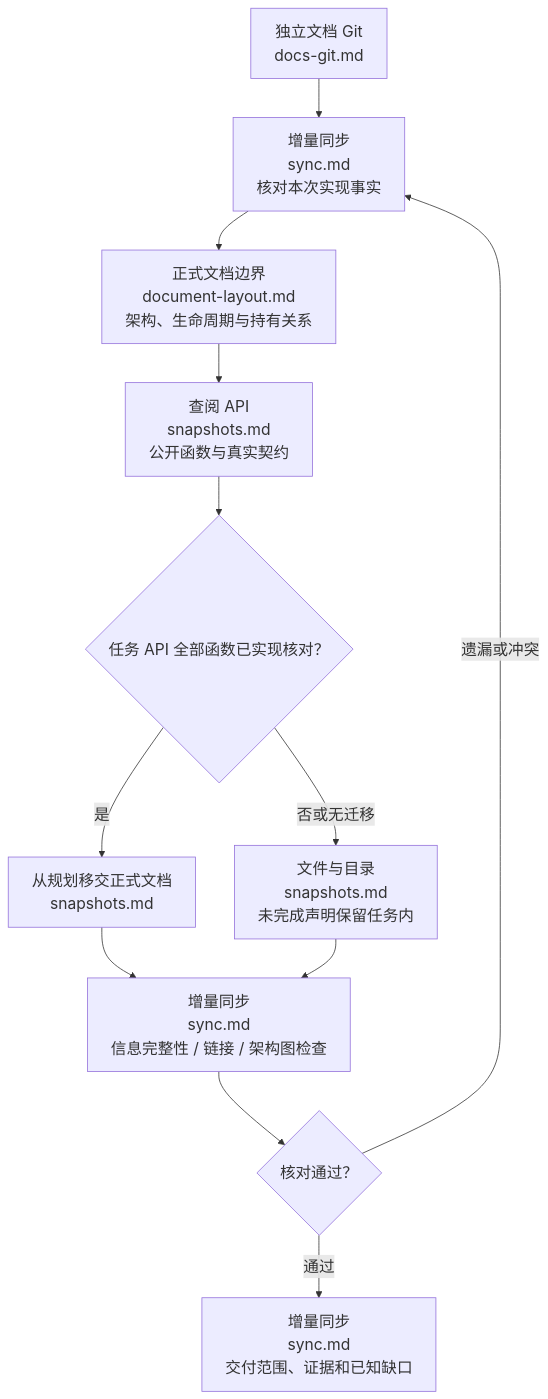
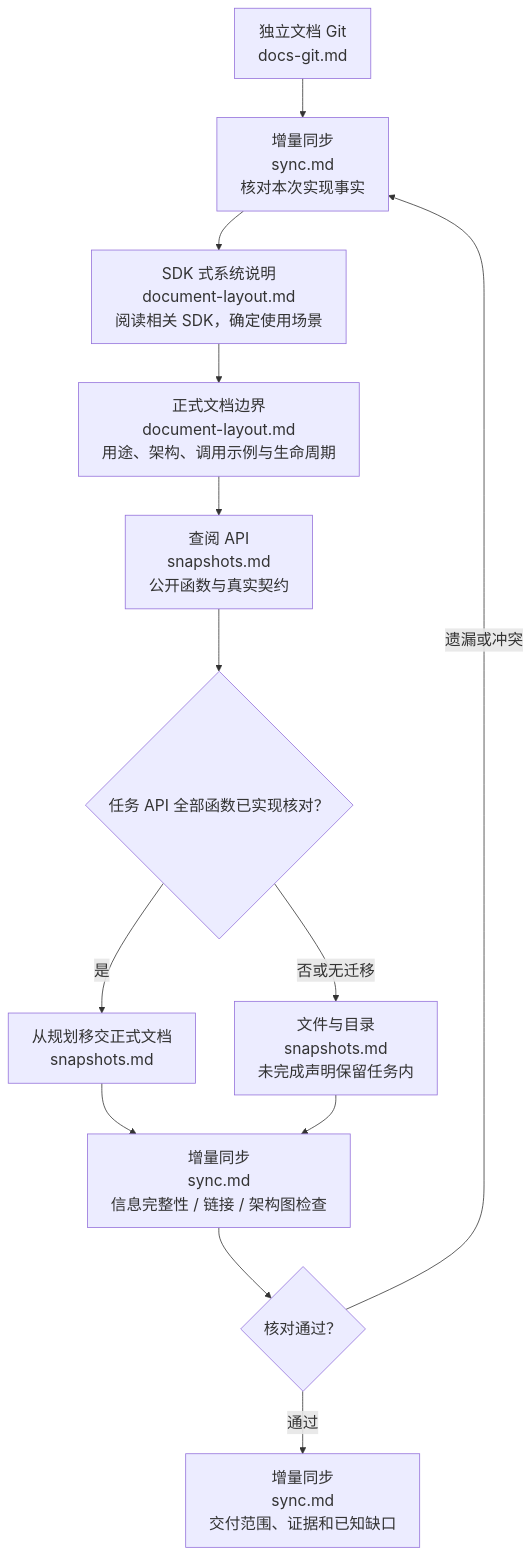
The second of 2 diagrams in game-system-development-documentation/SKILL.md (229196637/game-development-skills), drawn with Mermaid before and after one commit. The commit also changed other lines of this file and 4 other files, not shown here.

````diff
--- a/game-system-development-documentation/SKILL.md
+++ b/game-system-development-documentation/SKILL.md
@@ -49,23 +49,25 @@
 ```mermaid
 %%{init: {"themeVariables": {"fontSize": "20px"}, "flowchart": {"wrappingWidth": 360}}}%%
 flowchart TD
   Git["独立文档 Git<br/>docs-git.md"] --> Facts["增量同步<br/>sync.md<br/>核对本次实现事实"]
-  Facts --> Body["正式文档边界<br/>document-layout.md<br/>架构、生命周期与持有关系"]
+  Facts --> Style["SDK 式系统说明<br/>document-layout.md<br/>阅读相关 SDK，确定使用场景"]
+  Style --> Body["正式文档边界<br/>document-layout.md<br/>用途、架构、调用示例与生命周期"]
   Body --> Api["查阅 API<br/>snapshots.md<br/>公开函数与真实契约"]
   Api --> Move{"任务 API 全部函数已实现核对？"}
   Move -->|是| Handoff["从规划移交正式文档<br/>snapshots.md"]
   Move -->|否或无迁移| Keep["文件与目录<br/>snapshots.md<br/>未完成声明保留任务内"]
   Handoff --> Verify["增量同步<br/>sync.md<br/>信息完整性 / 链接 / 架构图检查"]
   Keep --> Verify
   Verify --> Pass{"核对通过？"}
   Pass -->|遗漏或冲突| Facts
   Pass -->|通过| Deliver["增量同步<br/>sync.md<br/>交付范围、证据和已知缺口"]
   click Git "references/contracts/docs-git.md"
   click Facts "references/workflows/sync.md"
+  click Style "references/contracts/document-layout.md#sdk-式系统说明"
   click Body "references/contracts/document-layout.md"
   click Api "references/api/snapshots.md"
   click Handoff "references/api/snapshots.md#从规划移交正式文档"
   click Keep "references/api/snapshots.md#文件与目录"
   click Verify "references/workflows/sync.md"
   click Deliver "references/workflows/sync.md"
 ```
````
